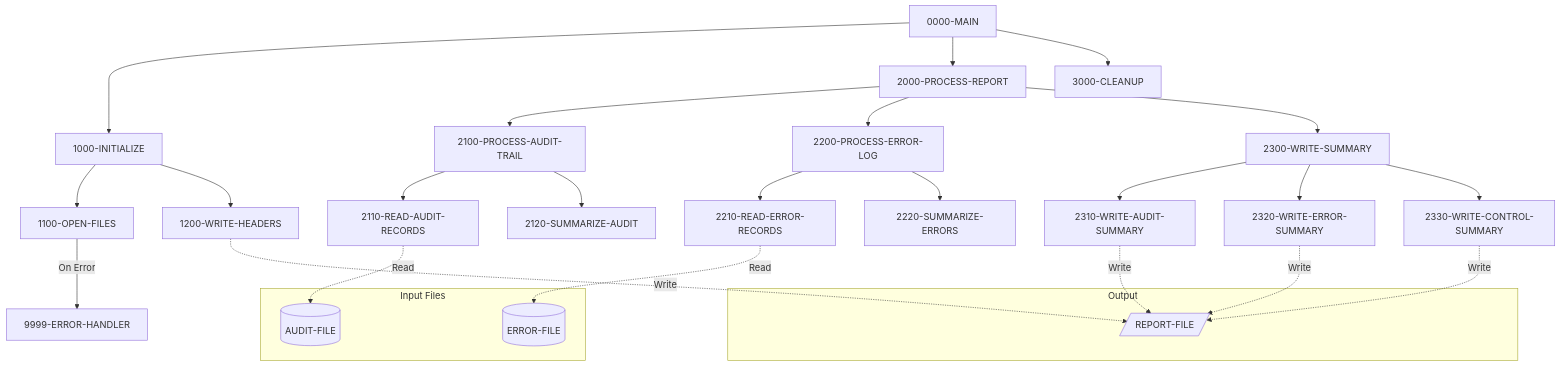
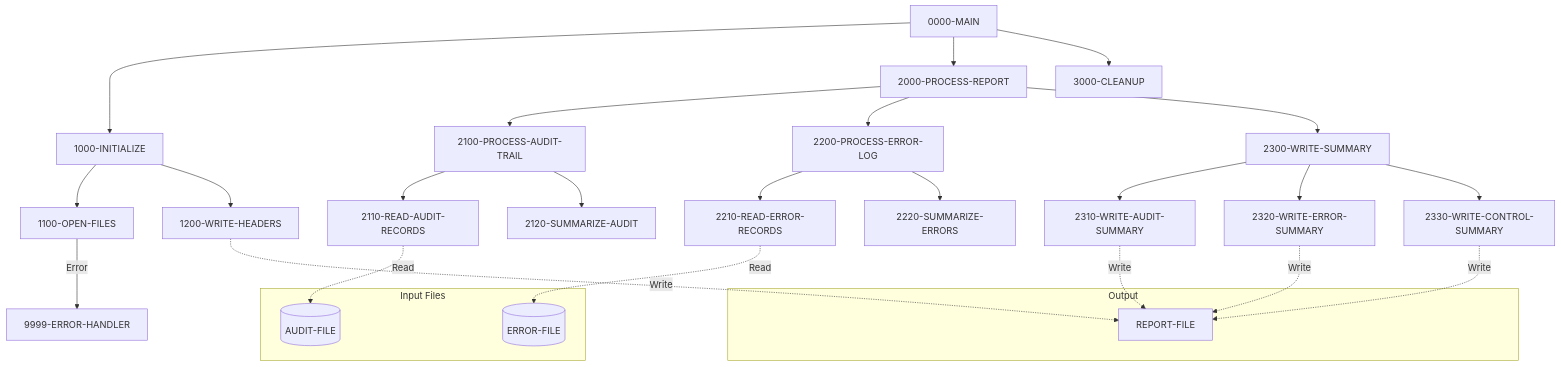
Before and after one commit to haladir-com/legacy-benchmark-docs-vb70e1: the diagram in docs/programs/RPTAUD00.mdx, drawn with Mermaid. The commit also changed other lines of this file and 63 other files, not shown here.

````diff
--- a/docs/programs/RPTAUD00.mdx
+++ b/docs/programs/RPTAUD00.mdx
@@ -16,41 +19,41 @@
 ```mermaid
 graph TD
     A[0000-MAIN] --> B[1000-INITIALIZE]
     A --> C[2000-PROCESS-REPORT]
     A --> D[3000-CLEANUP]
     
     B --> E[1100-OPEN-FILES]
     B --> F[1200-WRITE-HEADERS]
     
-    E -->|On Error| G[9999-ERROR-HANDLER]
+    E -->|Error| G[9999-ERROR-HANDLER]
     
     C --> H[2100-PROCESS-AUDIT-TRAIL]
     C --> I[2200-PROCESS-ERROR-LOG]
     C --> J[2300-WRITE-SUMMARY]
     
     H --> K[2110-READ-AUDIT-RECORDS]
     H --> L[2120-SUMMARIZE-AUDIT]
     
     I --> M[2210-READ-ERROR-RECORDS]
     I --> N[2220-SUMMARIZE-ERRORS]
     
     J --> O[2310-WRITE-AUDIT-SUMMARY]
     J --> P[2320-WRITE-ERROR-SUMMARY]
     J --> Q[2330-WRITE-CONTROL-SUMMARY]
     
     subgraph "Input Files"
         R[(AUDIT-FILE)]
         S[(ERROR-FILE)]
     end
     
     subgraph "Output"
-        T[/REPORT-FILE/]
+        T[REPORT-FILE]
     end
     
     K -.->|Read| R
     M -.->|Read| S
     F -.->|Write| T
     O -.->|Write| T
     P -.->|Write| T
     Q -.->|Write| T
 ```
````
